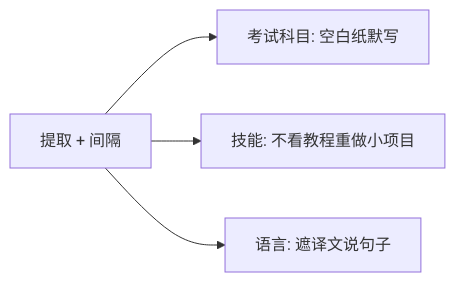
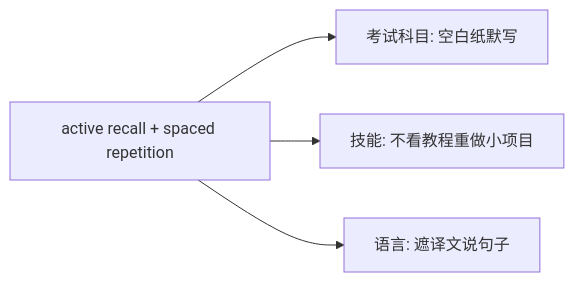
The fifth of 5 diagrams in .grok/skills/first-principles-learn/references/examples.md (hdy117/3dgs_tutorial), drawn with Mermaid before and after one commit. The commit also changed other lines of this file and 13 other files, not shown here.

````diff
--- a/.grok/skills/first-principles-learn/references/examples.md
+++ b/.grok/skills/first-principles-learn/references/examples.md
@@ -148,6 +153,6 @@
 ```mermaid
 flowchart LR
-  Core[提取 + 间隔] --> S1[考试科目: 空白纸默写]
-  Core --> S2[技能: 不看教程重做小项目]
-  Core --> S3[语言: 遮译文说句子]
+  Core["active recall + spaced repetition"] --> S1["考试科目: 空白纸默写"]
+  Core --> S2["技能: 不看教程重做小项目"]
+  Core --> S3["语言: 遮译文说句子"]
 ```
````
